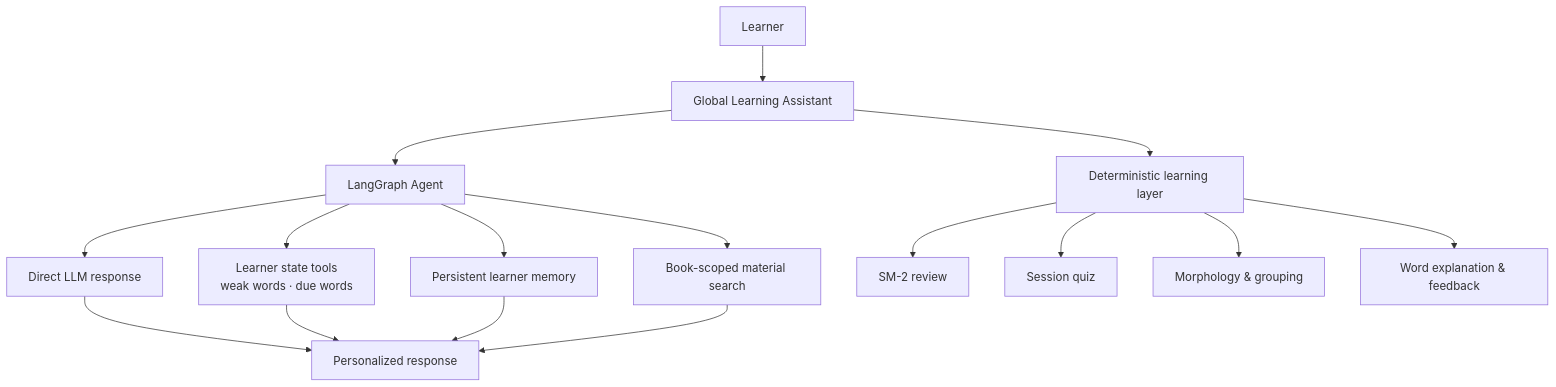
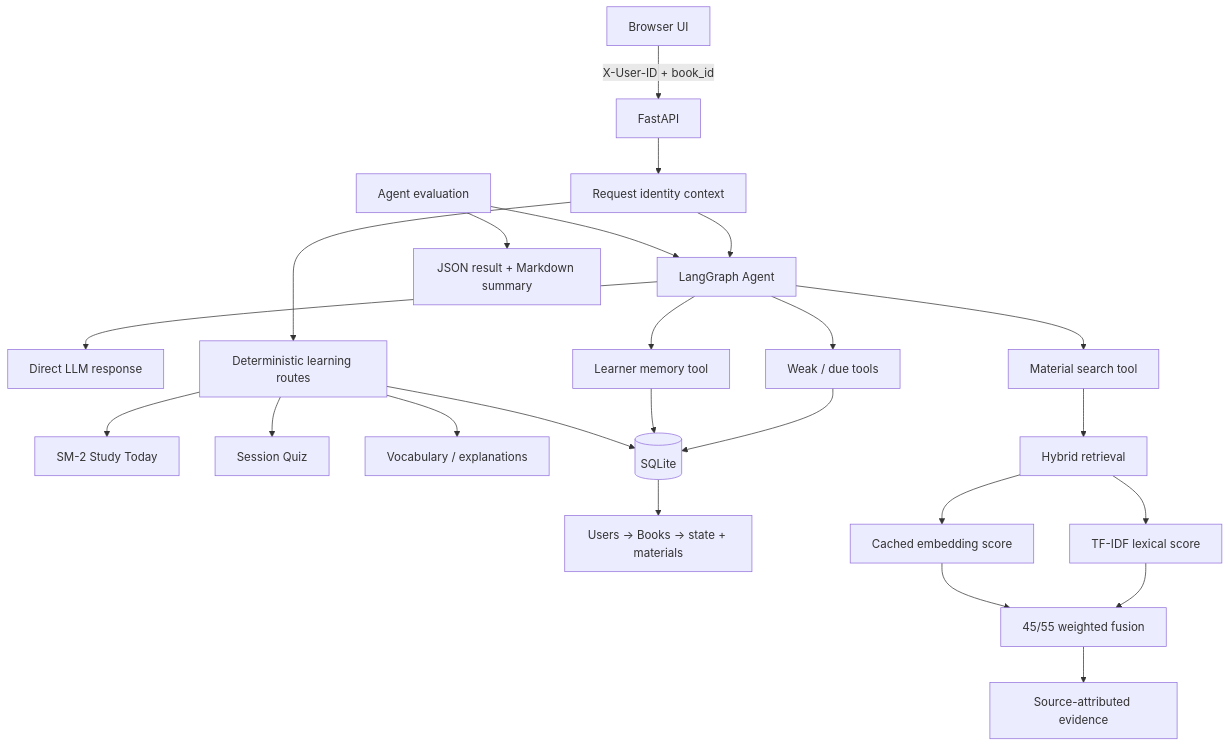
One commit to zhangxyqqq/LinguaPilot changed the diagram in README.md. Above: the diagram before and after it, drawn with Mermaid. The commit also changed other lines of this file and 8 other files, not shown here.

Commit message:
Add deterministic Agent evaluation

````diff
--- a/README.md
+++ b/README.md
@@ -23,19 +19,30 @@
 ```mermaid
 flowchart TD
-    U["Learner"] --> UI["Global Learning Assistant"]
-    UI --> A["LangGraph Agent"]
-    A --> D["Direct LLM response"]
-    A --> LT["Learner state tools<br/>weak words · due words"]
-    A --> M["Persistent learner memory"]
-    A --> R["Book-scoped material search"]
-    D --> O["Personalized response"]
-    LT --> O
-    M --> O
-    R --> O
+    B["Browser UI"] -->|"X-User-ID + book_id"| API["FastAPI"]
+    API --> ID["Request identity context"]
+    ID --> AG["LangGraph Agent"]
+    AG --> LLM["Direct LLM response"]
+    AG --> WT["Weak / due tools"]
+    AG --> MT["Learner memory tool"]
+    AG --> RT["Material search tool"]
 
-    UI --> L["Deterministic learning layer"]
-    L --> S["SM-2 review"]
-    L --> Q["Session quiz"]
-    L --> G["Morphology & grouping"]
-    L --> E["Word explanation & feedback"]
+    ID --> DL["Deterministic learning routes"]
+    DL --> SM2["SM-2 Study Today"]
+    DL --> QUIZ["Session Quiz"]
+    DL --> VOC["Vocabulary / explanations"]
+
+    WT --> DB[("SQLite")]
+    MT --> DB
+    DL --> DB
+    DB --> REL["Users → Books → state + materials"]
+
+    RT --> HYB["Hybrid retrieval"]
+    HYB --> LEX["TF-IDF lexical score"]
+    HYB --> SEM["Cached embedding score"]
+    LEX --> FUS["45/55 weighted fusion"]
+    SEM --> FUS
+    FUS --> SRC["Source-attributed evidence"]
+
+    EV["Agent evaluation"] --> AG
+    EV --> REP["JSON result + Markdown summary"]
 ```
````
